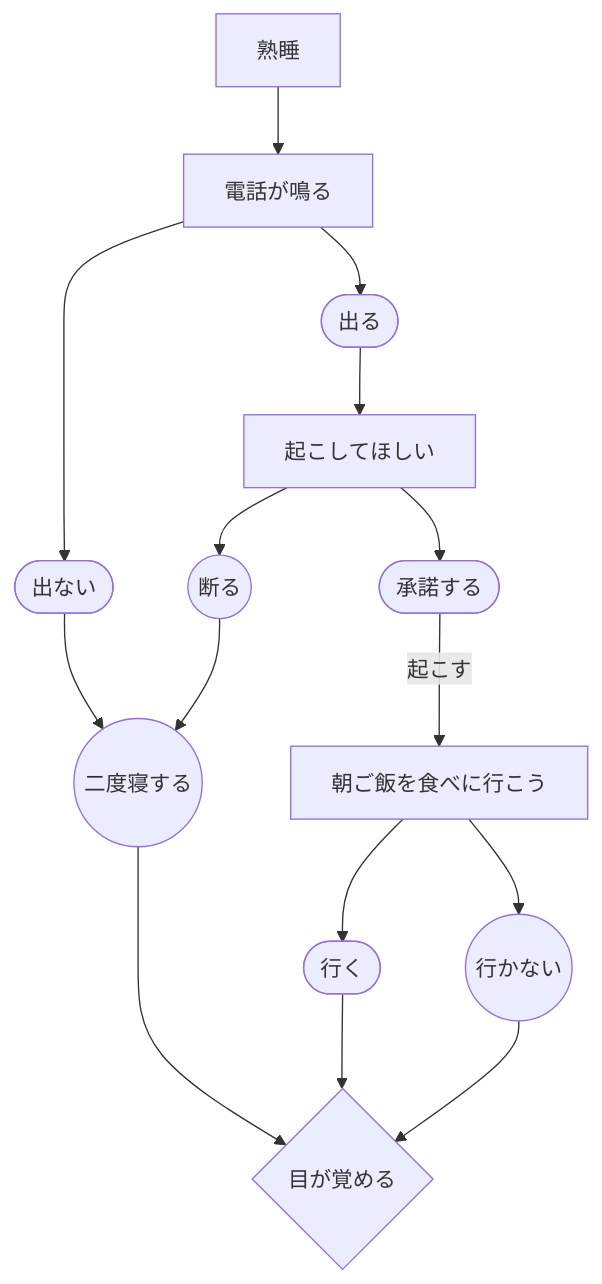
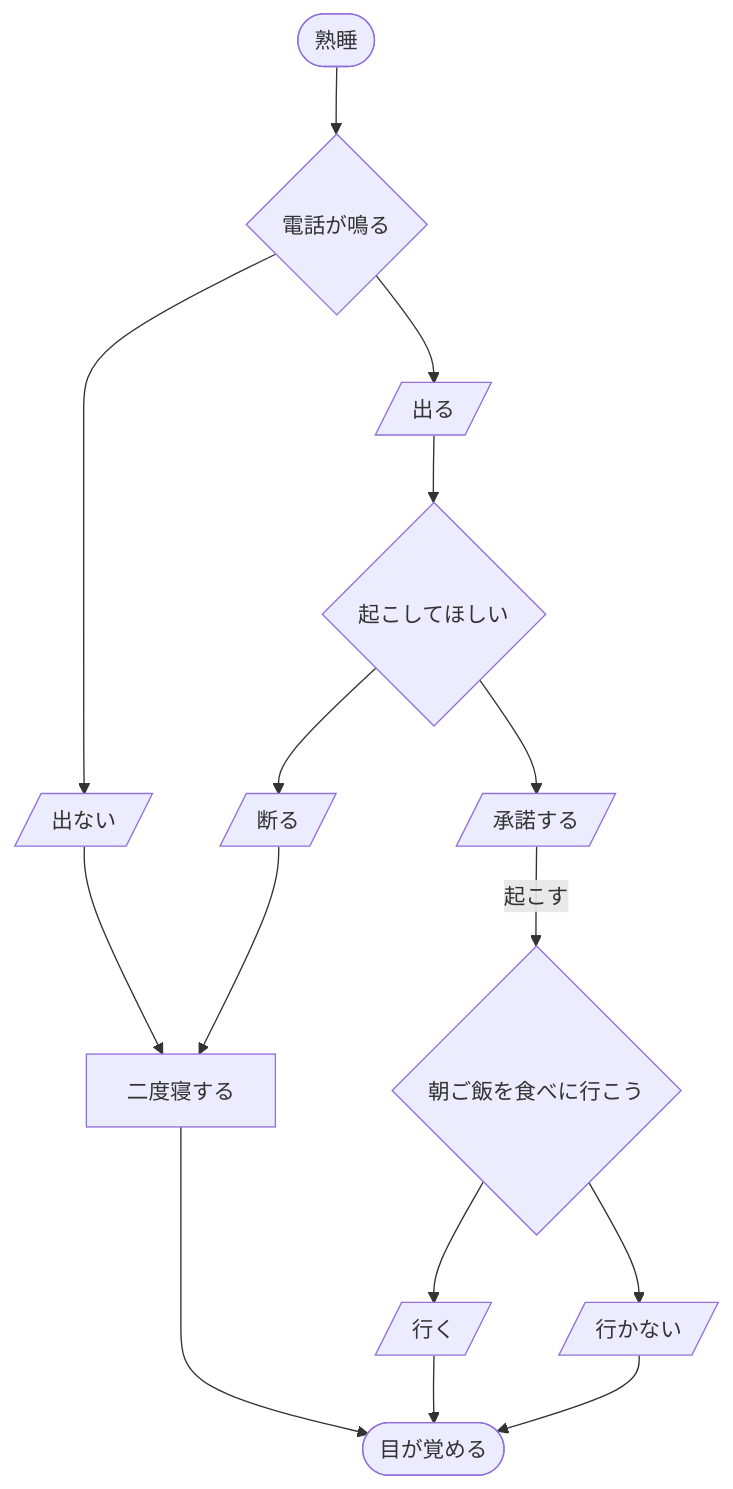
Before and after one commit to tpu-game-2023/mermaid_test: the first of 3 diagrams in README.md, drawn with Mermaid.

````diff
--- a/README.md
+++ b/README.md
@@ -20,17 +20,17 @@
 ```mermaid
 flowchart TD;
-  A[熟睡] --> B[電話が鳴る];
-  B --> C([出る]);
-  B --> D([出ない]);
-  D --> E((二度寝する));
-  C --> F[起こしてほしい];
-  F --> G((断る));
-  F --> H([承諾する]);
+  A([熟睡]) --> B{電話が鳴る};
+  B --> C[/出る/];
+  B --> D[/出ない/];
+  D --> E[二度寝する];
+  C --> F{起こしてほしい};
+  F --> G[/断る/];
+  F --> H[/承諾する/];
   G --> E;
-  H -- 起こす --> I[朝ご飯を食べに行こう];
-  I --> J([行く]);
-  I --> K((行かない));
-  E --> L{目が覚める};
+  H -- 起こす --> I{朝ご飯を食べに行こう};
+  I --> J[/行く/];
+  I --> K[/行かない/];
+  E --> L([目が覚める]);
   J --> L;
   K --> L;
 ```
````
